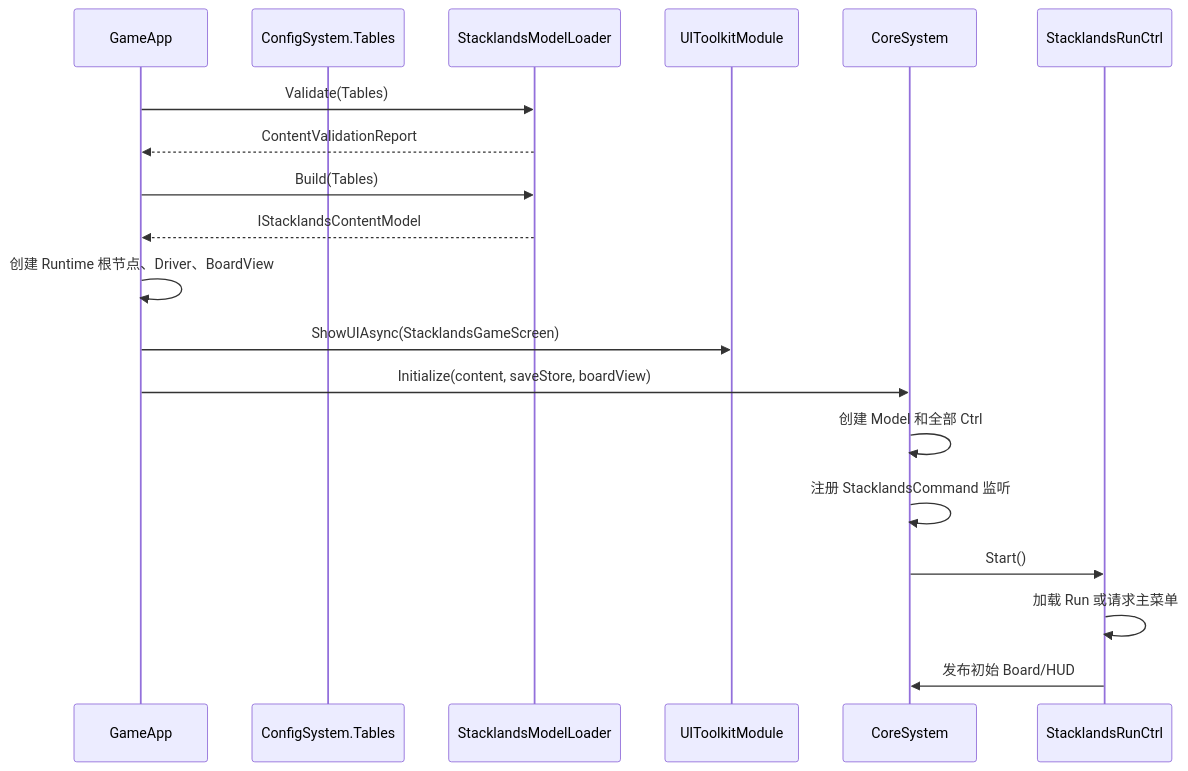
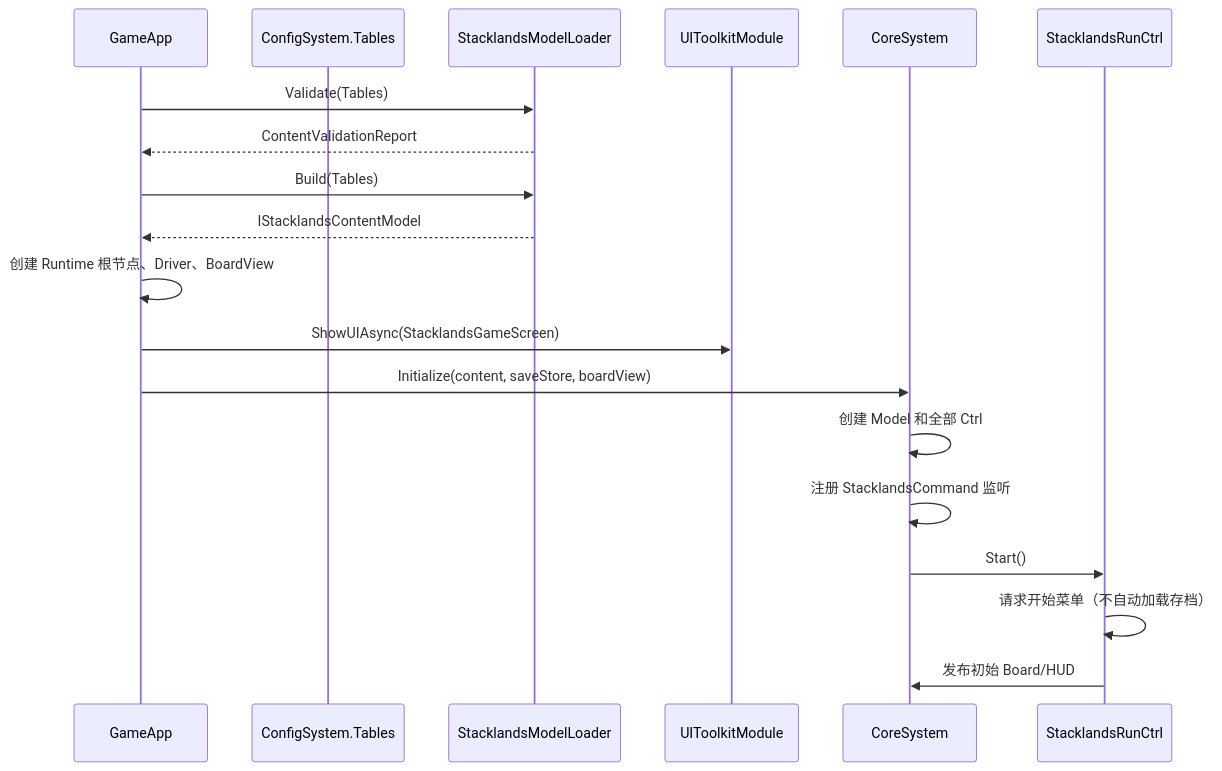
The second of 5 diagrams in Books/Stacklands-Core代码结构与调用关系.md (raywang3543/TEngine), drawn with Mermaid before and after one commit. The commit also changed other lines of this file and 11 other files, not shown here.

````diff
--- a/Books/Stacklands-Core代码结构与调用关系.md
+++ b/Books/Stacklands-Core代码结构与调用关系.md
@@ -78,22 +78,22 @@
 ```mermaid
 sequenceDiagram
     participant App as GameApp
     participant Config as ConfigSystem.Tables
     participant Loader as StacklandsModelLoader
     participant UI as UIToolkitModule
     participant Core as CoreSystem
     participant Run as StacklandsRunCtrl
 
     App->>Loader: Validate(Tables)
     Loader-->>App: ContentValidationReport
     App->>Loader: Build(Tables)
     Loader-->>App: IStacklandsContentModel
     App->>App: 创建 Runtime 根节点、Driver、BoardView
     App->>UI: ShowUIAsync(StacklandsGameScreen)
     App->>Core: Initialize(content, saveStore, boardView)
     Core->>Core: 创建 Model 和全部 Ctrl
     Core->>Core: 注册 StacklandsCommand 监听
     Core->>Run: Start()
-    Run->>Run: 加载 Run 或请求主菜单
+    Run->>Run: 请求开始菜单（不自动加载存档）
     Run->>Core: 发布初始 Board/HUD
 ```
````
